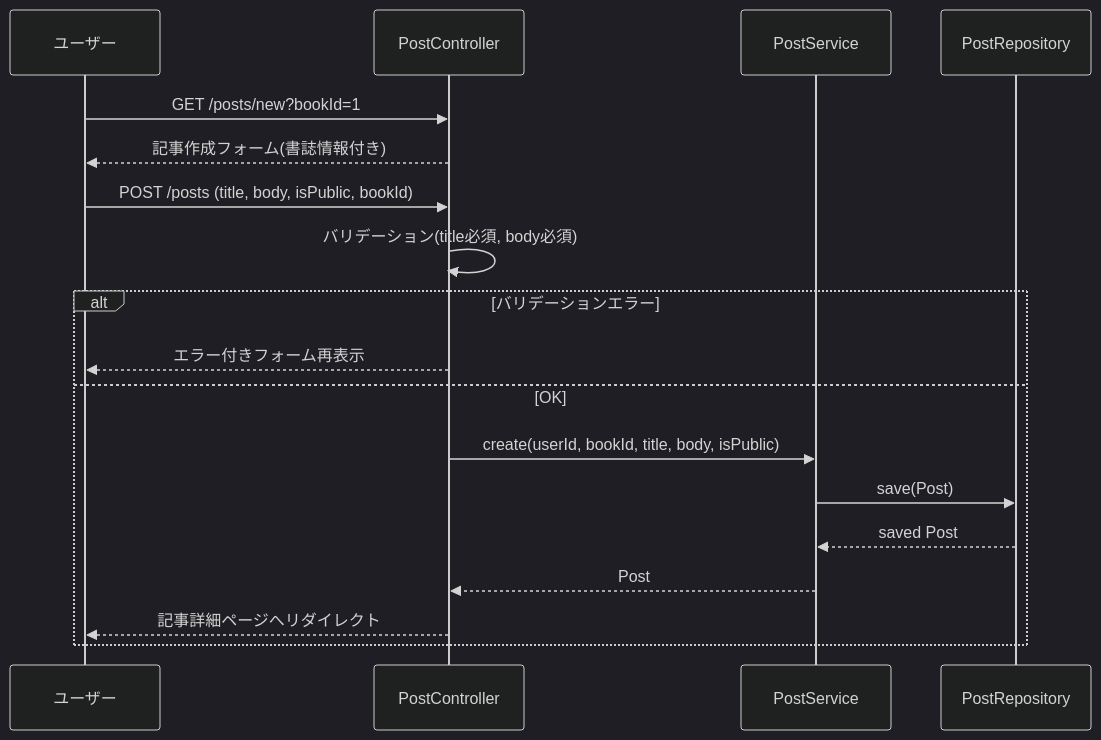
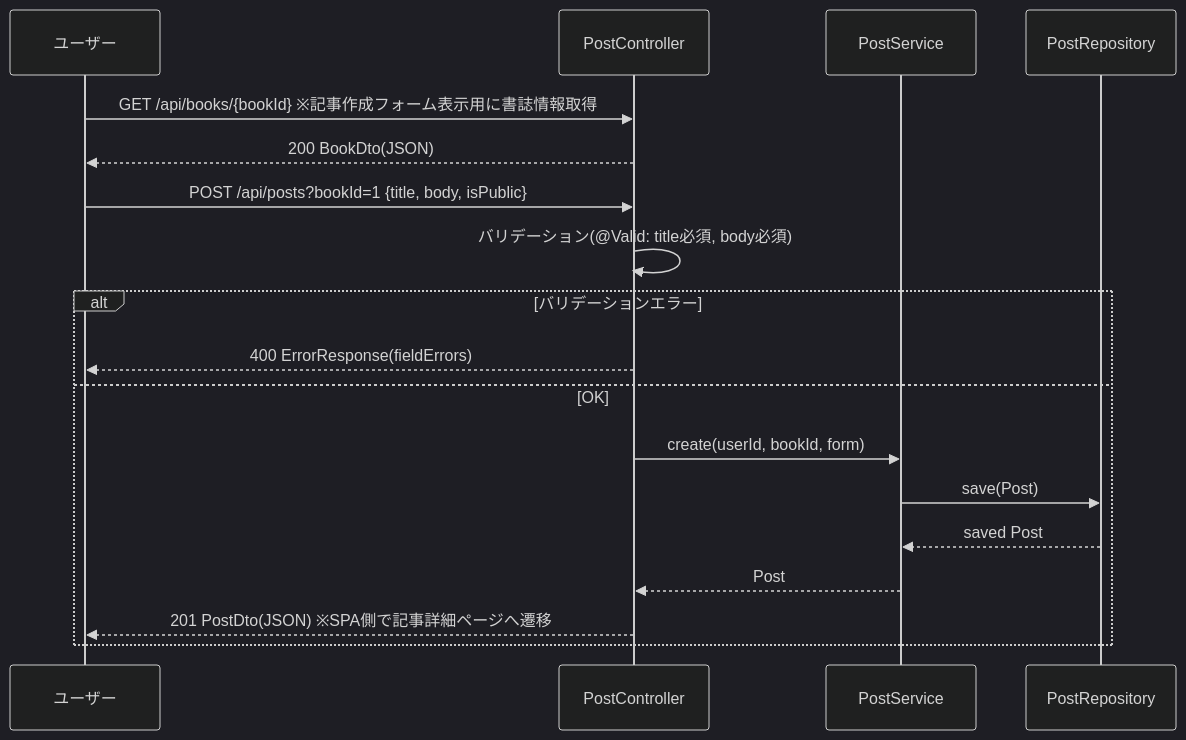
The fourth of 8 diagrams in docs/functional-design.md (ichi-269/Bukuro), drawn with Mermaid (dark theme) before and after one commit. The commit also changed other lines of this file and 104 other files, not shown here.

````diff
--- a/docs/functional-design.md
+++ b/docs/functional-design.md
@@ -330,22 +330,22 @@
 ```mermaid
 sequenceDiagram
     participant User as ユーザー
     participant Controller as PostController
     participant PostSvc as PostService
     participant PostRepo as PostRepository
 
-    User->>Controller: GET /posts/new?bookId=1
-    Controller-->>User: 記事作成フォーム(書誌情報付き)
+    User->>Controller: GET /api/books/{bookId} ※記事作成フォーム表示用に書誌情報取得
+    Controller-->>User: 200 BookDto(JSON)
 
-    User->>Controller: POST /posts (title, body, isPublic, bookId)
-    Controller->>Controller: バリデーション(title必須, body必須)
+    User->>Controller: POST /api/posts?bookId=1 {title, body, isPublic}
+    Controller->>Controller: バリデーション(@Valid: title必須, body必須)
     alt バリデーションエラー
-        Controller-->>User: エラー付きフォーム再表示
+        Controller-->>User: 400 ErrorResponse(fieldErrors)
     else OK
-        Controller->>PostSvc: create(userId, bookId, title, body, isPublic)
+        Controller->>PostSvc: create(userId, bookId, form)
         PostSvc->>PostRepo: save(Post)
         PostRepo-->>PostSvc: saved Post
         PostSvc-->>Controller: Post
-        Controller-->>User: 記事詳細ページへリダイレクト
+        Controller-->>User: 201 PostDto(JSON) ※SPA側で記事詳細ページへ遷移
     end
 ```
````
